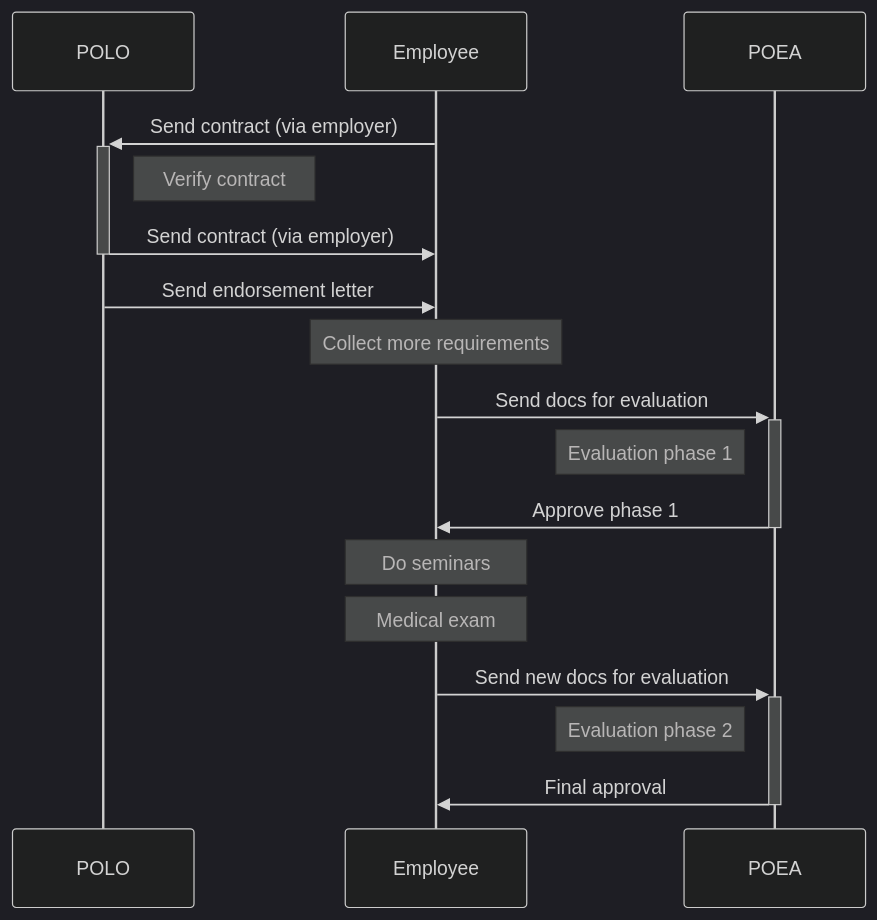
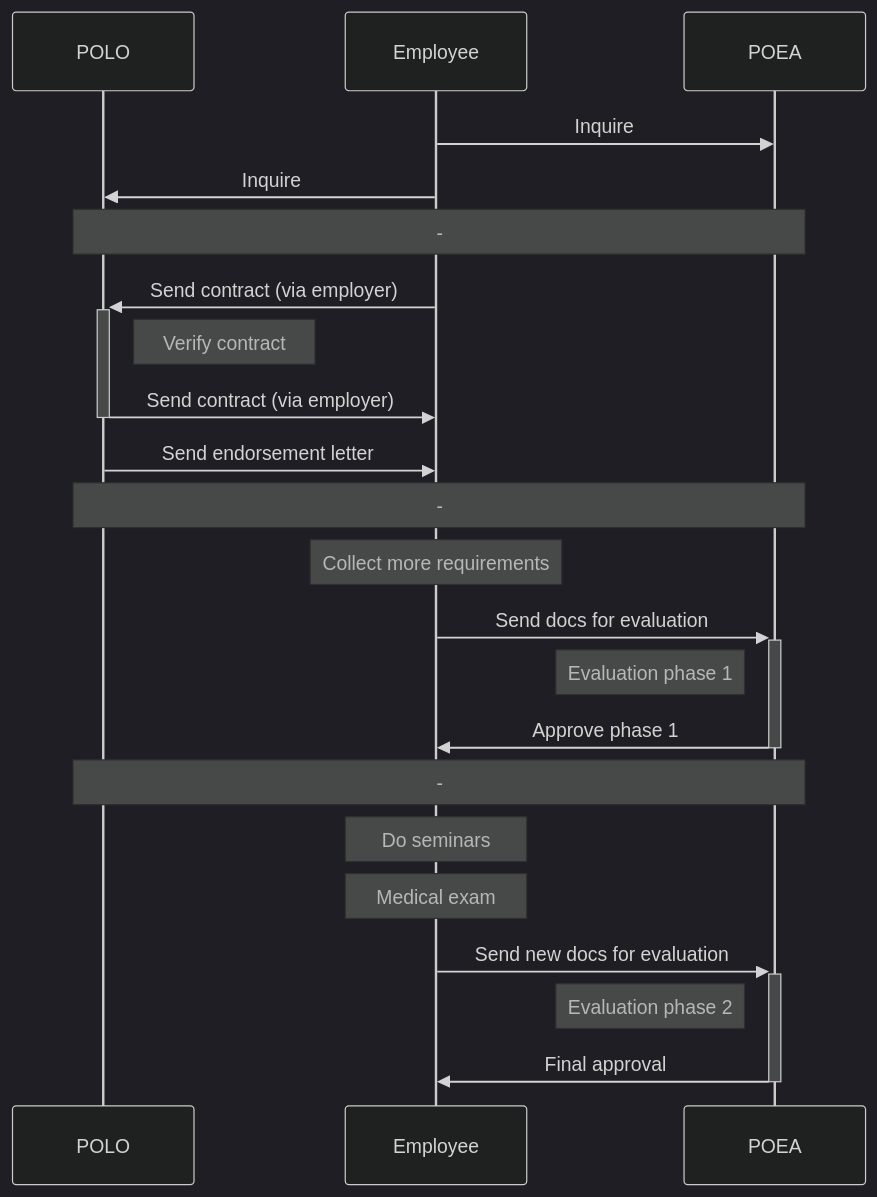
One commit to rstacruz/oec-guide changed the diagram in docs/process_overview.md. Above: the diagram before and after it, drawn with Mermaid (dark theme). The commit also changed 5 other files, not shown here.

````diff
--- a/docs/process_overview.md
+++ b/docs/process_overview.md
@@ -33,22 +33,31 @@
 ```mermaid
 sequenceDiagram
   participant POLO as POLO
   participant Employee
   participant POEA as POEA
 
+    Employee->>POEA: Inquire
+    Employee->>POLO: Inquire
+
+    Note over POLO,POEA: -
+
     Employee->>+POLO: Send contract (via employer)
     Note right of POLO: Verify contract
     POLO->>-Employee: Send contract (via employer)
     POLO->>Employee: Send endorsement letter
 
+    Note over POLO,POEA: -
+
     Note over Employee: Collect more requirements
     Employee->>+POEA: Send docs for evaluation
     Note left of POEA: Evaluation phase 1
     POEA->>-Employee: Approve phase 1
+
+    Note over POLO,POEA: -
 
     Note over Employee: Do seminars
     Note over Employee: Medical exam
     Employee->>+POEA: Send new docs for evaluation
     Note left of POEA: Evaluation phase 2
     POEA->>-Employee: Final approval
 ```
````
